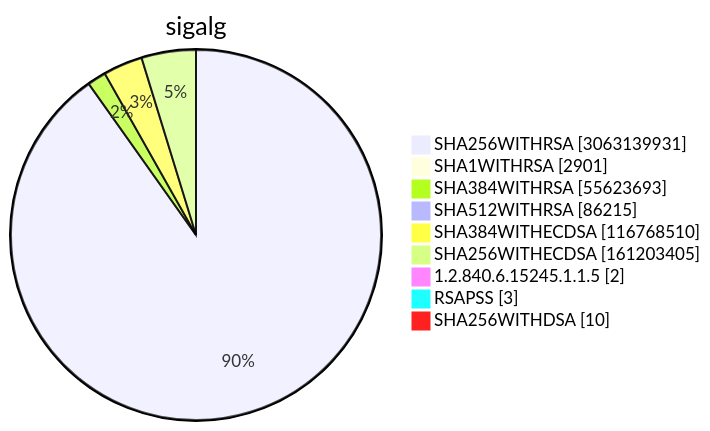
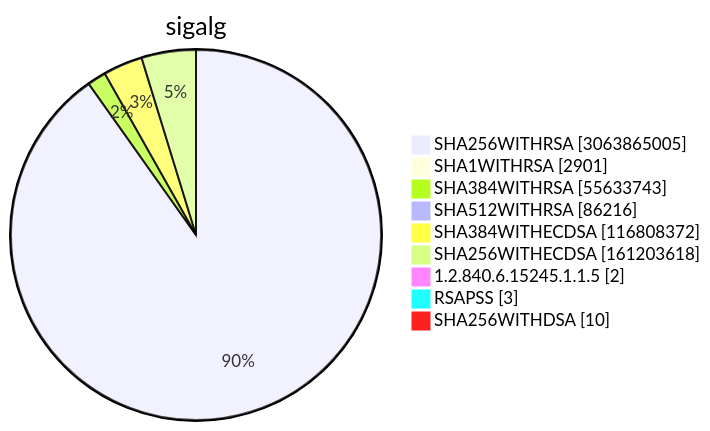
Before and after one commit to christiankrug/ctmonitor_visualization: diagram 15 of 15 in TOTAL/README.md, drawn with Mermaid. The commit also changed other lines of this file, not shown here.

````diff
--- a/TOTAL/README.md
+++ b/TOTAL/README.md
@@ -6209,13 +6209,13 @@
 ```mermaid
 pie showData
 title sigalg
-"SHA256WITHRSA" :3063139931
+"SHA256WITHRSA" :3063865005
 "SHA1WITHRSA" :2901
-"SHA384WITHRSA" :55623693
-"SHA512WITHRSA" :86215
-"SHA384WITHECDSA" :116768510
-"SHA256WITHECDSA" :161203405
+"SHA384WITHRSA" :55633743
+"SHA512WITHRSA" :86216
+"SHA384WITHECDSA" :116808372
+"SHA256WITHECDSA" :161203618
 "1.2.840.6.15245.1.1.5" :2
 "RSAPSS" :3
 "SHA256WITHDSA" :10
 ```
````
